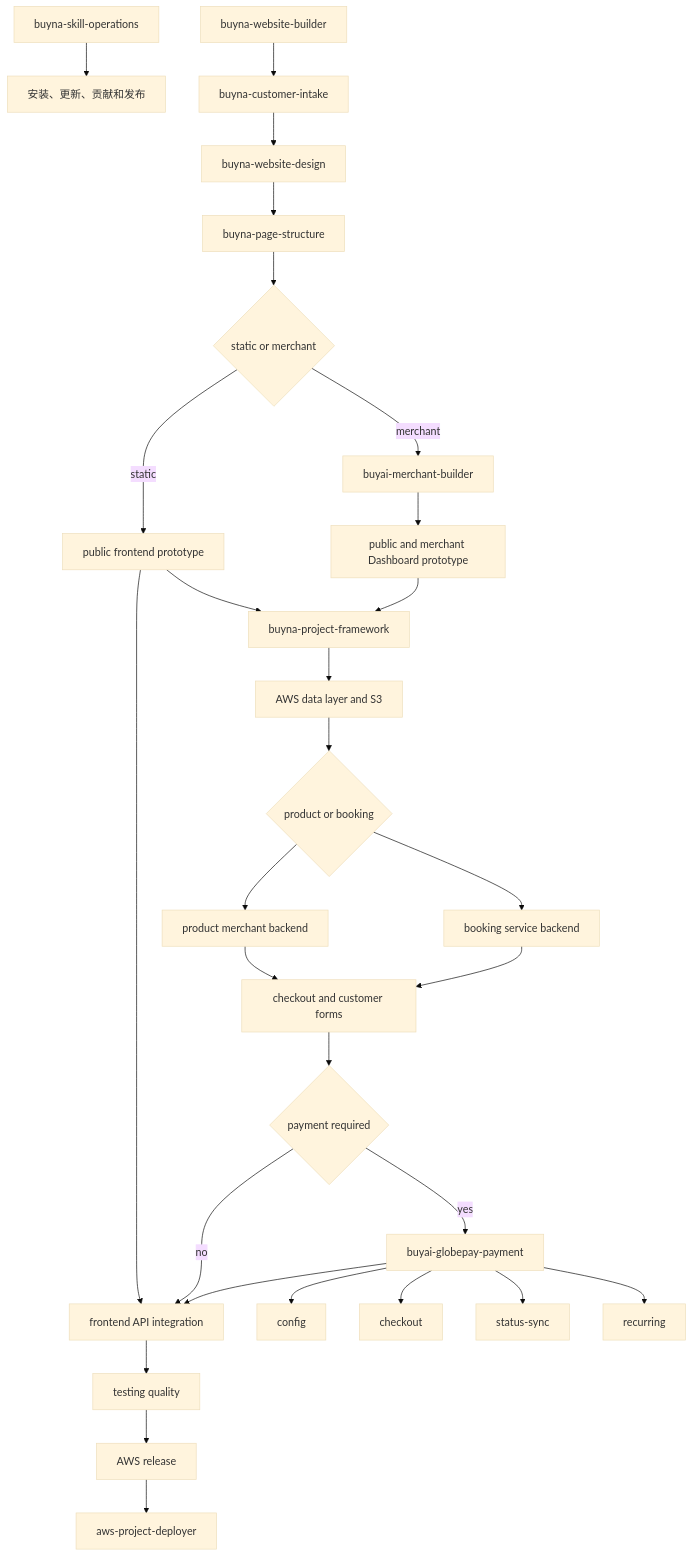
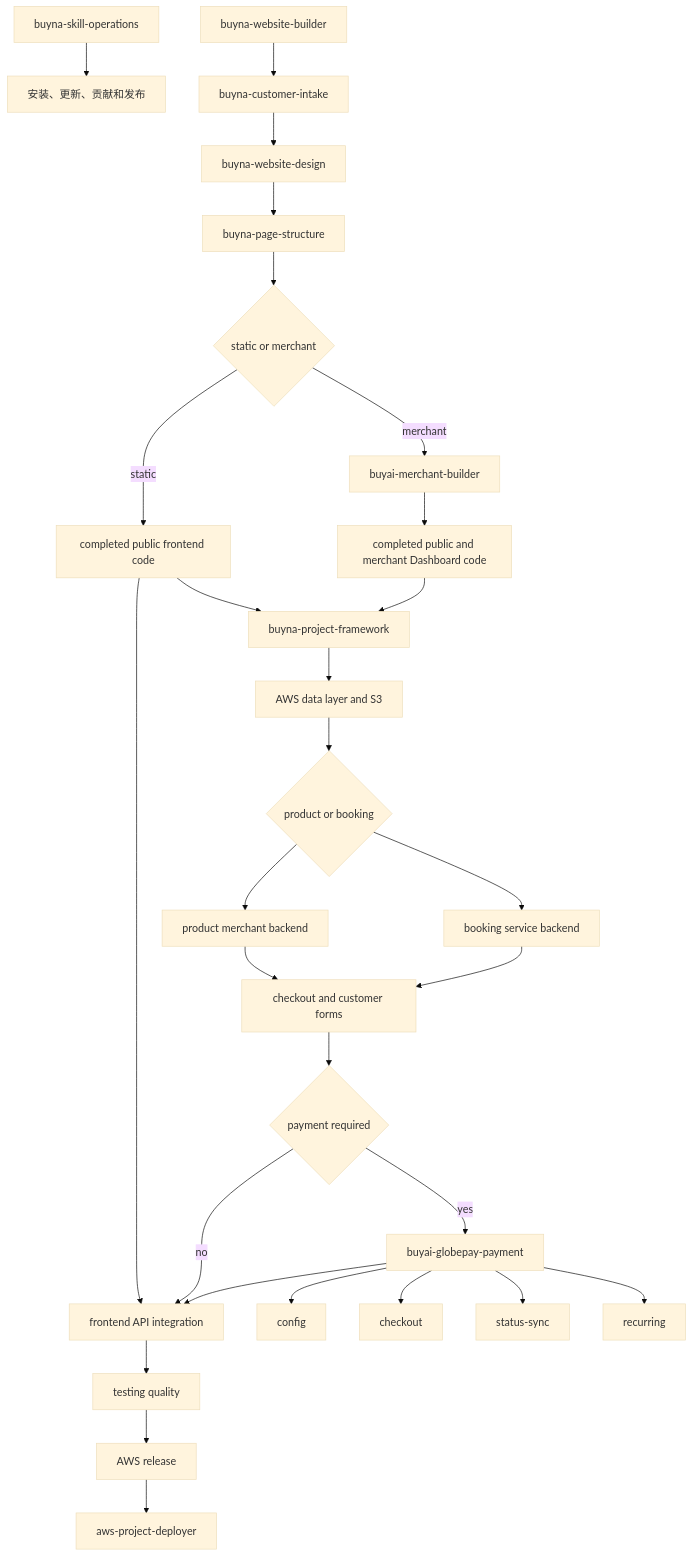
The diagram in docs/OPERATIONS_MANUAL.md (Kaku-shiko/buyna-agent-skills), drawn with Mermaid (base theme) before and after one commit. The commit also changed 9 other files, not shown here.

Commit message:
Require completed frontend code before backend work

````diff
--- a/docs/OPERATIONS_MANUAL.md
+++ b/docs/OPERATIONS_MANUAL.md
@@ -50,31 +50,31 @@
 ```mermaid
 flowchart TD
     O[buyna-skill-operations] --> I[安装、更新、贡献和发布]
     B[buyna-website-builder] --> C[buyna-customer-intake]
     C --> D[buyna-website-design]
     D --> P[buyna-page-structure]
     P --> X{static or merchant}
-    X -->|static| FPS[public frontend prototype]
+    X -->|static| FPS[completed public frontend code]
     X -->|merchant| M[buyai-merchant-builder]
-    M --> FPM[public and merchant Dashboard prototype]
+    M --> FPM[completed public and merchant Dashboard code]
     FPS --> K[buyna-project-framework]
     FPM --> K
     K --> DB[AWS data layer and S3]
     DB --> Q{product or booking}
     Q --> MP[product merchant backend]
     Q --> MB[booking service backend]
     MP --> UX[checkout and customer forms]
     MB --> UX
     UX --> Y{payment required}
     Y -->|yes| G[buyai-globepay-payment]
     FPS --> F[frontend API integration]
     Y -->|no| F
     G --> F
     F --> T[testing quality]
     T --> R[AWS release]
     R --> A[aws-project-deployer]
     G --> GC[config]
     G --> GO[checkout]
     G --> GS[status-sync]
     G --> GR[recurring]
 ```
````
